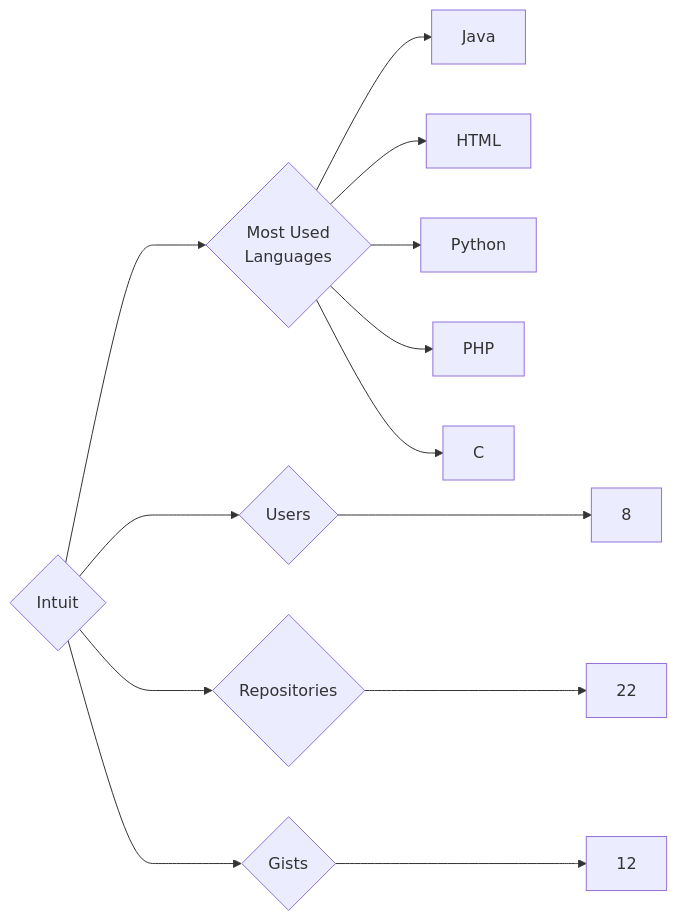
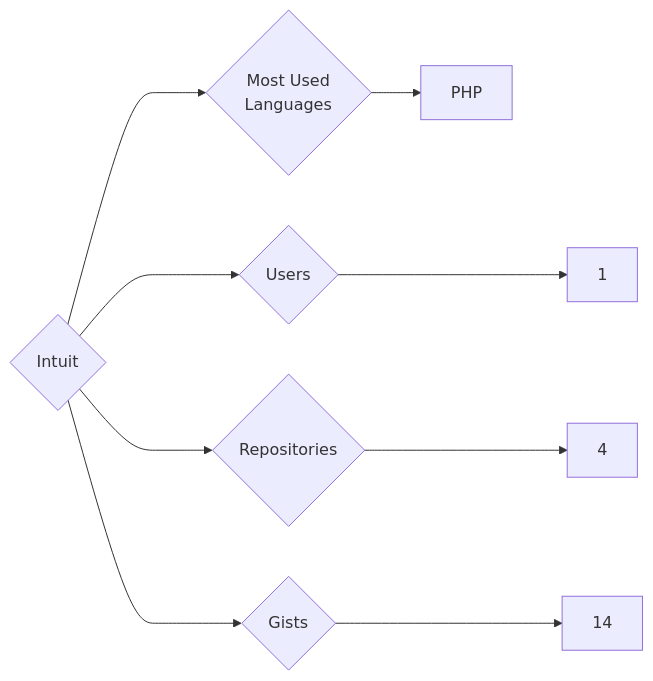
The diagram in targets/Intuit/README.md (trickest/insiders), drawn with Mermaid before and after one commit. The commit also changed 815 other files, not shown here.

````diff
--- a/targets/Intuit/README.md
+++ b/targets/Intuit/README.md
@@ -3,13 +3,9 @@
 ```mermaid
 graph LR
 COMPANY_NAME{Intuit}
-COMPANY_NAME ---> U{Users} ---> UN[8]
-COMPANY_NAME ---> R{Repositories} ---> RN[22]
-COMPANY_NAME ---> G{Gists} ---> GN[12]
+COMPANY_NAME ---> U{Users} ---> UN[1]
+COMPANY_NAME ---> R{Repositories} ---> RN[4]
+COMPANY_NAME ---> G{Gists} ---> GN[14]
 COMPANY_NAME ---> ML{Most Used<br>Languages}
-ML --> Java[Java]
-ML --> HTML[HTML]
-ML --> Python[Python]
 ML --> PHP[PHP]
-ML --> C[C]
 ```
````
